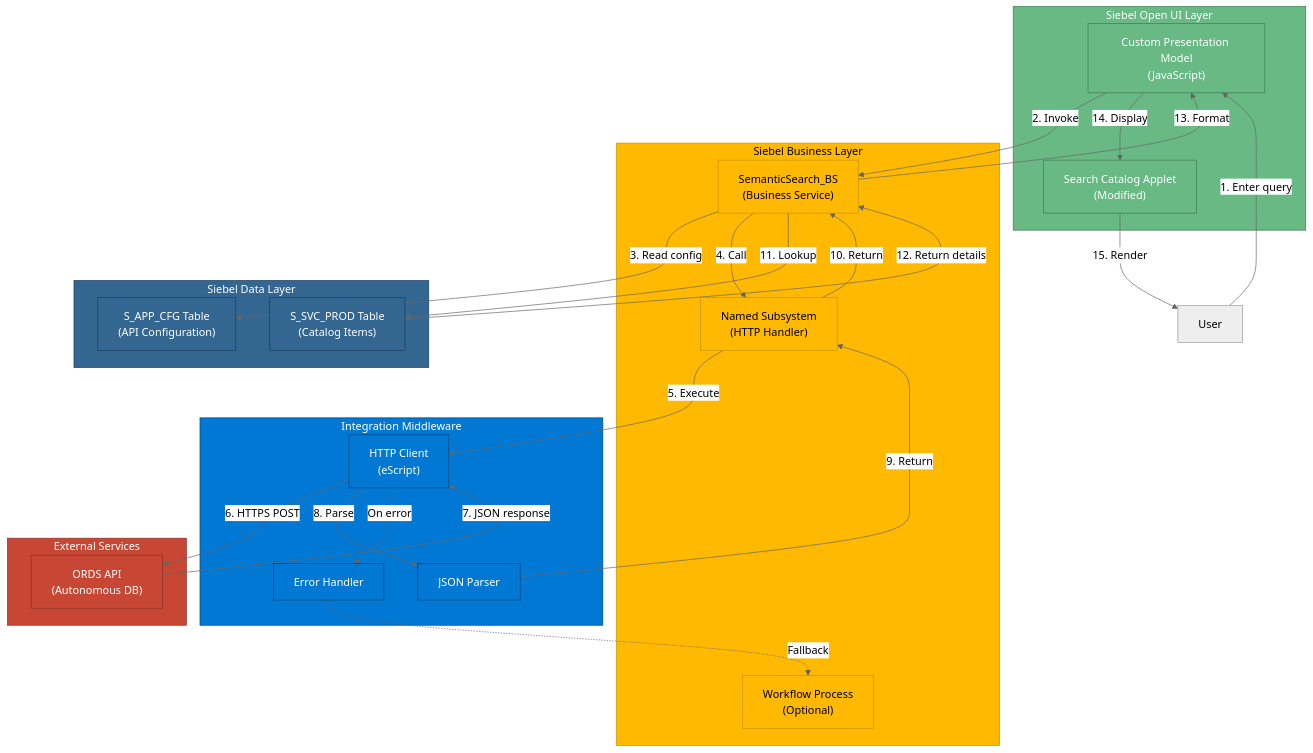
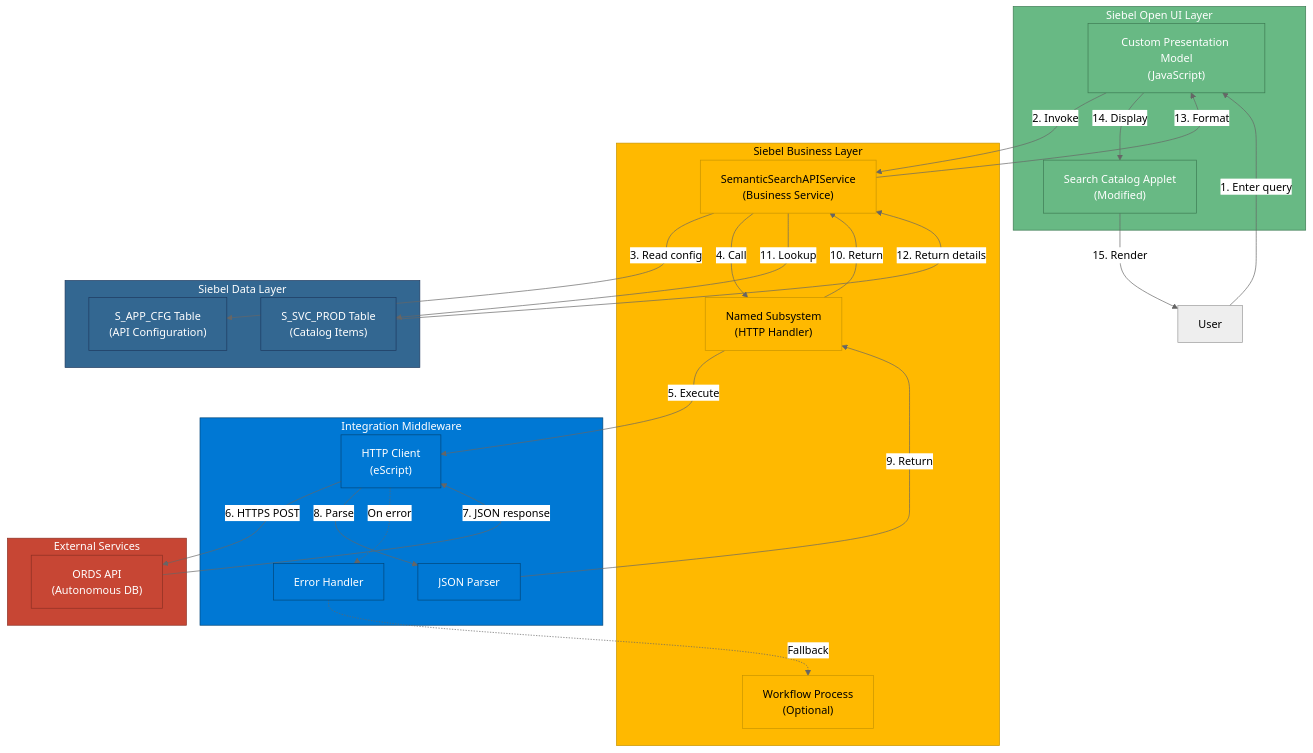
Diagram 16 of 17 in docs/ARCHITECTURE_DIAGRAMS.md (psreek-ai/SiebelCRMSemanticSearch), drawn with Mermaid (neutral theme) before and after one commit. The commit also changed 6 other files, not shown here.

````diff
--- a/docs/ARCHITECTURE_DIAGRAMS.md
+++ b/docs/ARCHITECTURE_DIAGRAMS.md
@@ -1024,63 +1024,63 @@
 ```mermaid
 graph TB
     subgraph SiebelUI["Siebel Open UI Layer"]
         PM["Custom Presentation Model<br/>(JavaScript)"]
         Applet["Search Catalog Applet<br/>(Modified)"]
     end
     
     subgraph SiebelBusiness["Siebel Business Layer"]
-        BS["SemanticSearch_BS<br/>(Business Service)"]
+        BS["SemanticSearchAPIService<br/>(Business Service)"]
         NS["Named Subsystem<br/>(HTTP Handler)"]
         Workflow["Workflow Process<br/>(Optional)"]
     end
     
     subgraph SiebelData["Siebel Data Layer"]
         Catalog["S_SVC_PROD Table<br/>(Catalog Items)"]
         Config["S_APP_CFG Table<br/>(API Configuration)"]
     end
     
     subgraph Integration["Integration Middleware"]
         HTTPClient["HTTP Client<br/>(eScript)"]
         JSONParser["JSON Parser"]
         ErrorHandler["Error Handler"]
     end
     
     subgraph External["External Services"]
         ORDS["ORDS API<br/>(Autonomous DB)"]
     end
     
     User["User"] -->|1. Enter query| PM
     PM -->|2. Invoke| BS
     BS -->|3. Read config| Config
     BS -->|4. Call| NS
     NS -->|5. Execute| HTTPClient
     
     HTTPClient -->|6. HTTPS POST| ORDS
     ORDS -->|7. JSON response| HTTPClient
     
     HTTPClient -->|8. Parse| JSONParser
     JSONParser -->|9. Return| NS
     NS -->|10. Return| BS
     
     BS -->|11. Lookup| Catalog
     Catalog -->|12. Return details| BS
     
     BS -->|13. Format| PM
     PM -->|14. Display| Applet
     Applet -->|15. Render| User
     
     HTTPClient -.->|On error| ErrorHandler
     ErrorHandler -.->|Fallback| Workflow
     
     classDef ui fill:#68B984,stroke:#3D7A52,color:#fff
     classDef business fill:#FFB900,stroke:#C79400,color:#000
     classDef data fill:#336791,stroke:#1E3A5F,color:#fff
     classDef integration fill:#0078D4,stroke:#004578,color:#fff
     classDef external fill:#C74634,stroke:#8B2F23,color:#fff
     
     class SiebelUI,PM,Applet ui
     class SiebelBusiness,BS,NS,Workflow business
     class SiebelData,Catalog,Config data
     class Integration,HTTPClient,JSONParser,ErrorHandler integration
     class External,ORDS external
 ```
````
